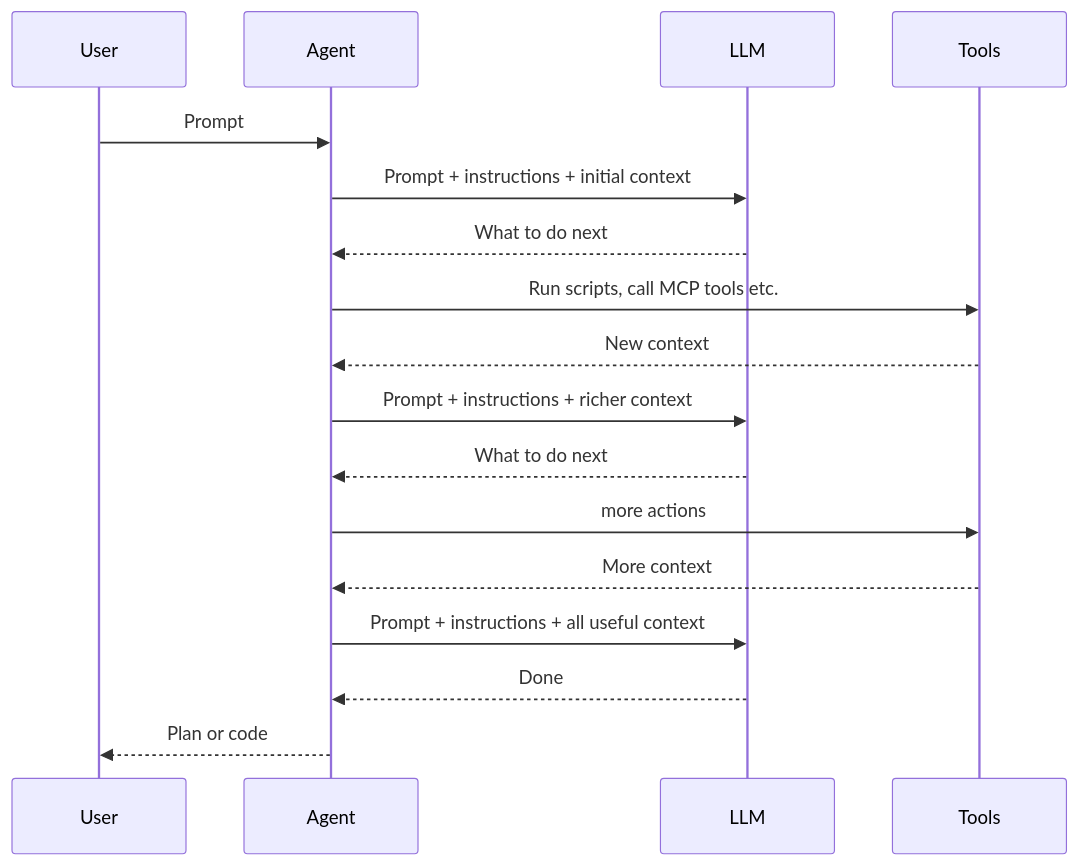
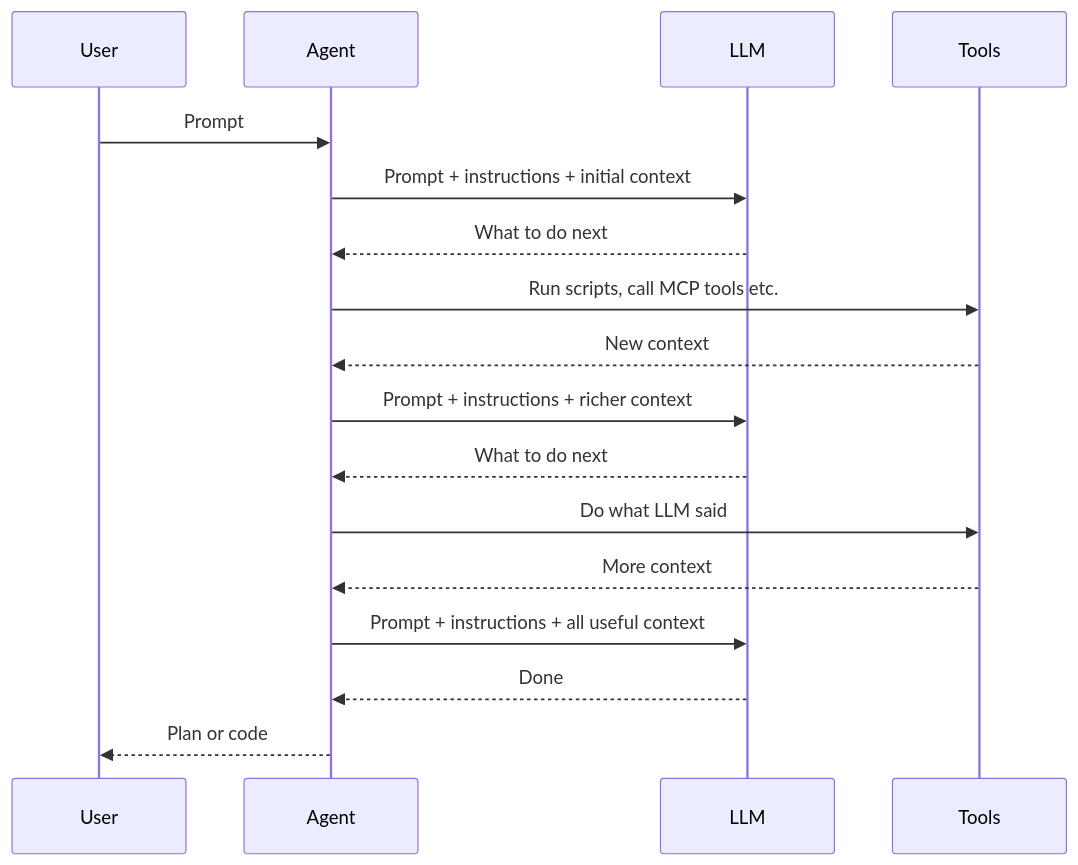
One commit to iJustHelp/dev-context-mcp-server changed the first of 2 diagrams in design/theory.md. Above: the diagram before and after it, drawn with Mermaid. The commit also changed other lines of this file, not shown here.

````diff
--- a/design/theory.md
+++ b/design/theory.md
@@ -2,26 +4,26 @@
 ```mermaid
 sequenceDiagram
     participant User
     participant Agent
     participant LLM
     participant Tools
 
     User->>Agent: Prompt
 
     Agent->>LLM: Prompt + instructions + initial context
     LLM-->>Agent: What to do next
 
     Agent->>Tools: Run scripts, call MCP tools etc.
     Tools-->>Agent: New context
 
     Agent->>LLM: Prompt + instructions + richer context
     LLM-->>Agent: What to do next
 
-    Agent->>Tools: more actions
+    Agent->>Tools: Do what LLM said
     Tools-->>Agent: More context
 
     Agent->>LLM: Prompt + instructions + all useful context
     LLM-->>Agent: Done
 
     Agent-->>User: Plan or code
 ```
````
